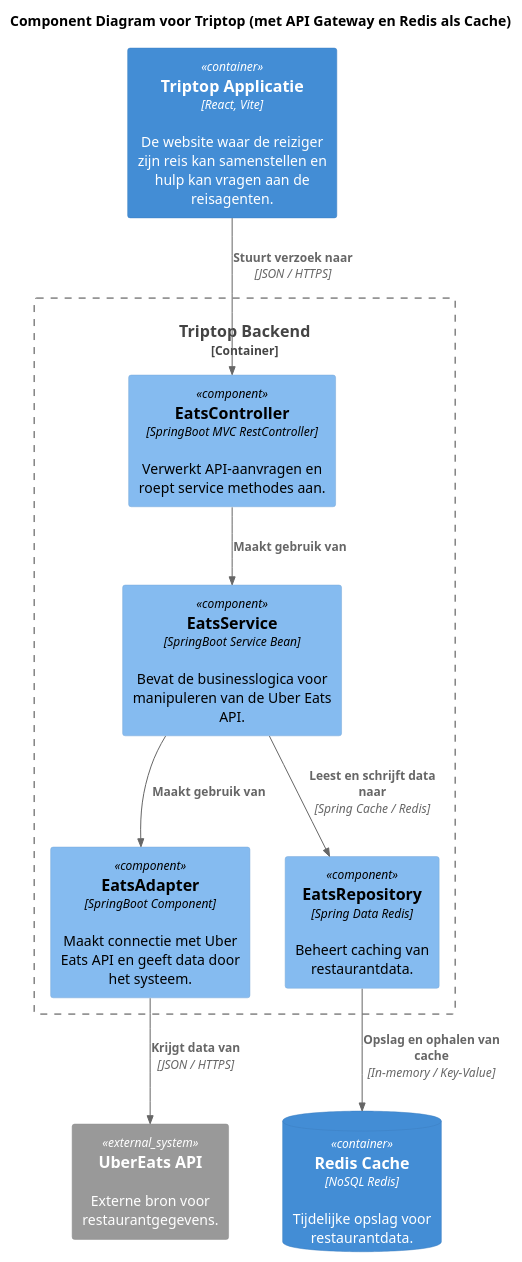
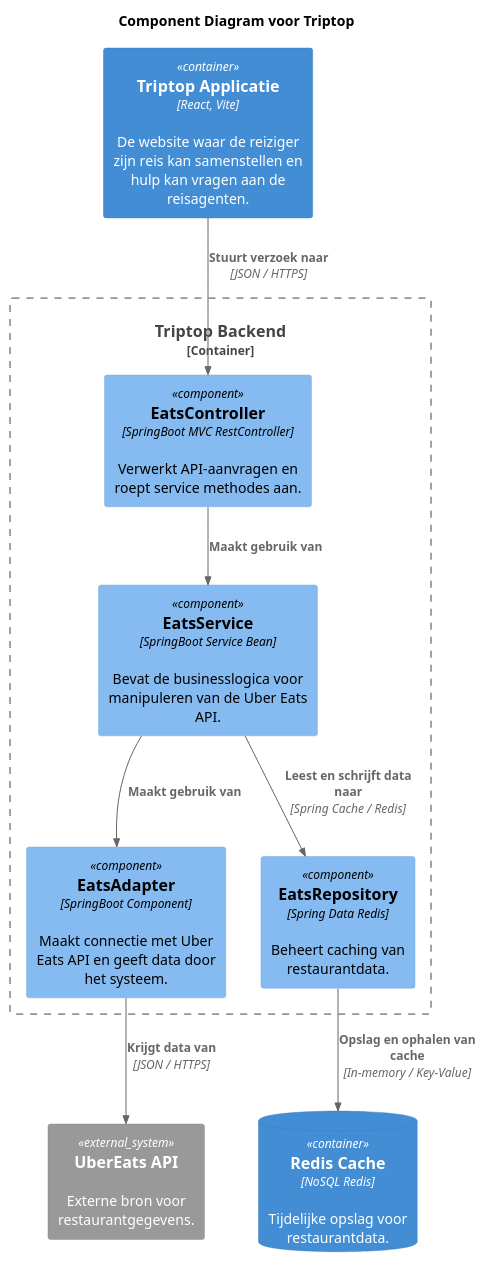
Before and after one commit to AIM-ENE-feb25/triptop-beca: the diagram in voorbereidingen/week2-les3/component-diagram-onderzoeksvraag-atakan.puml, drawn with PlantUML. The commit also changed 6 other files, not shown here.

```diff
--- a/voorbereidingen/week2-les3/component-diagram-onderzoeksvraag-atakan.puml
+++ b/voorbereidingen/week2-les3/component-diagram-onderzoeksvraag-atakan.puml
@@ -1,27 +1,27 @@
 @startuml
 !include https://raw.githubusercontent.com/plantuml-stdlib/C4-PlantUML/master/C4_Component.puml
 
-title Component Diagram voor Triptop (met API Gateway en Redis als Cache)
+title Component Diagram voor Triptop
 
 Container(tt_app, "Triptop Applicatie", "React, Vite", "De website waar de reiziger zijn reis kan samenstellen en hulp kan vragen aan de reisagenten.")
 System_Ext(eats_api, "UberEats API", "Externe bron voor restaurantgegevens.")
 ContainerDb(redis, "Redis Cache", "NoSQL Redis", "Tijdelijke opslag voor restaurantdata.")
 
 Container_Boundary(api, "Triptop Backend") {
     Component(controller, "EatsController", "SpringBoot MVC RestController", "Verwerkt API-aanvragen en roept service methodes aan.")
     Component(service, "EatsService", "SpringBoot Service Bean", "Bevat de businesslogica voor manipuleren van de Uber Eats API.")
     Component(eats_client, "EatsAdapter", "SpringBoot Component", "Maakt connectie met Uber Eats API en geeft data door het systeem.")
     Component(eats_cache, "EatsRepository", "Spring Data Redis", "Beheert caching van restaurantdata.")
 
     Rel(tt_app, controller, "Stuurt verzoek naar", "JSON / HTTPS")
     Rel(controller, service, "Maakt gebruik van")
     Rel(service, eats_client, "Maakt gebruik van")
     Rel(eats_client, eats_api, "Krijgt data van", "JSON / HTTPS")
 
     Rel(service, eats_cache, "Leest en schrijft data naar", "Spring Cache / Redis")
     Rel(eats_cache, redis, "Opslag en ophalen van cache", "In-memory / Key-Value")
 
 }
 
 
 @enduml
```
